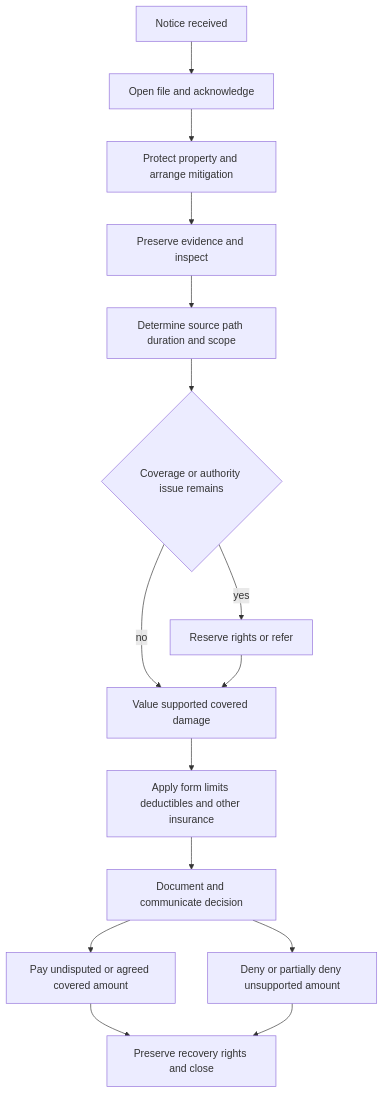
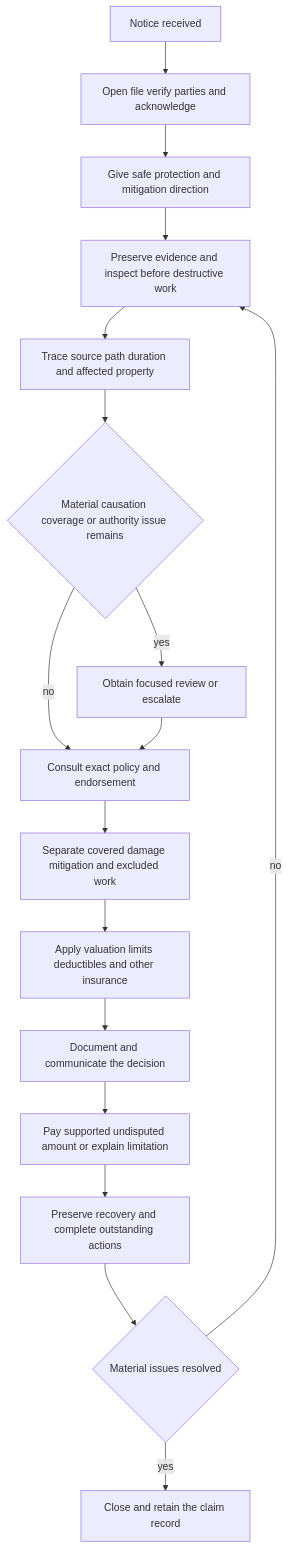
The diagram in openwiki/claims/guidelines/water-loss-handling.md (eugeneliu-86/openwiki-insurance-corpus), drawn with Mermaid before and after one commit. The commit also changed other lines of this file and 109 other files, not shown here.

First line of the commit message:
docs: refresh OpenWiki (complete)

````diff
--- a/openwiki/claims/guidelines/water-loss-handling.md
+++ b/openwiki/claims/guidelines/water-loss-handling.md
@@ -40,17 +50,19 @@
 ```mermaid
 flowchart TD
-    N["Notice received"] --> O["Open file and acknowledge"]
-    O --> M["Protect property and arrange mitigation"]
-    M --> E["Preserve evidence and inspect"]
-    E --> C["Determine source path duration and scope"]
-    C --> R{"Coverage or authority issue remains"}
-    R -->|"yes"| X["Reserve rights or refer"]
-    R -->|"no"| V["Value supported covered damage"]
-    X --> V
-    V --> L["Apply form limits deductibles and other insurance"]
-    L --> D["Document and communicate decision"]
-    D --> P["Pay undisputed or agreed covered amount"]
-    D --> Q["Deny or partially deny unsupported amount"]
-    P --> Z["Preserve recovery rights and close"]
-    Q --> Z
+    notice["Notice received"] --> intake["Open file verify parties and acknowledge"]
+    intake --> protect["Give safe protection and mitigation direction"]
+    protect --> preserve["Preserve evidence and inspect before destructive work"]
+    preserve --> trace["Trace source path duration and affected property"]
+    trace --> issue{"Material causation coverage or authority issue remains"}
+    issue -->|"yes"| refer["Obtain focused review or escalate"]
+    issue -->|"no"| consult["Consult exact policy and endorsement"]
+    refer --> consult
+    consult --> scope["Separate covered damage mitigation and excluded work"]
+    scope --> value["Apply valuation limits deductibles and other insurance"]
+    value --> decision["Document and communicate the decision"]
+    decision --> pay["Pay supported undisputed amount or explain limitation"]
+    pay --> recover["Preserve recovery and complete outstanding actions"]
+    recover --> close{"Material issues resolved"}
+    close -->|"no"| preserve
+    close -->|"yes"| done["Close and retain the claim record"]
 ```
````
